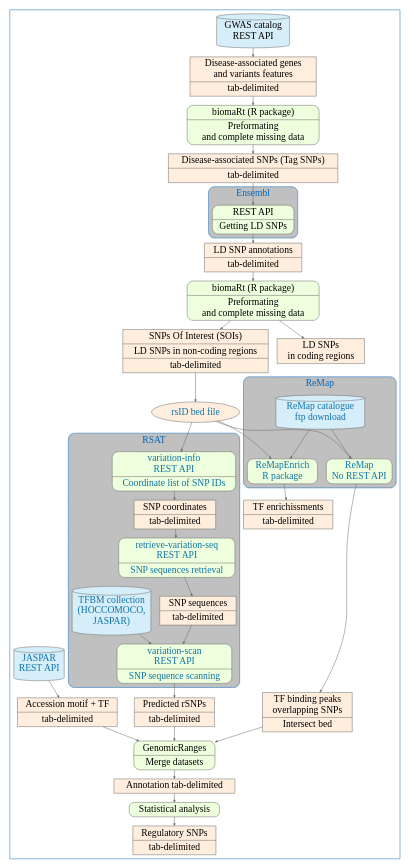
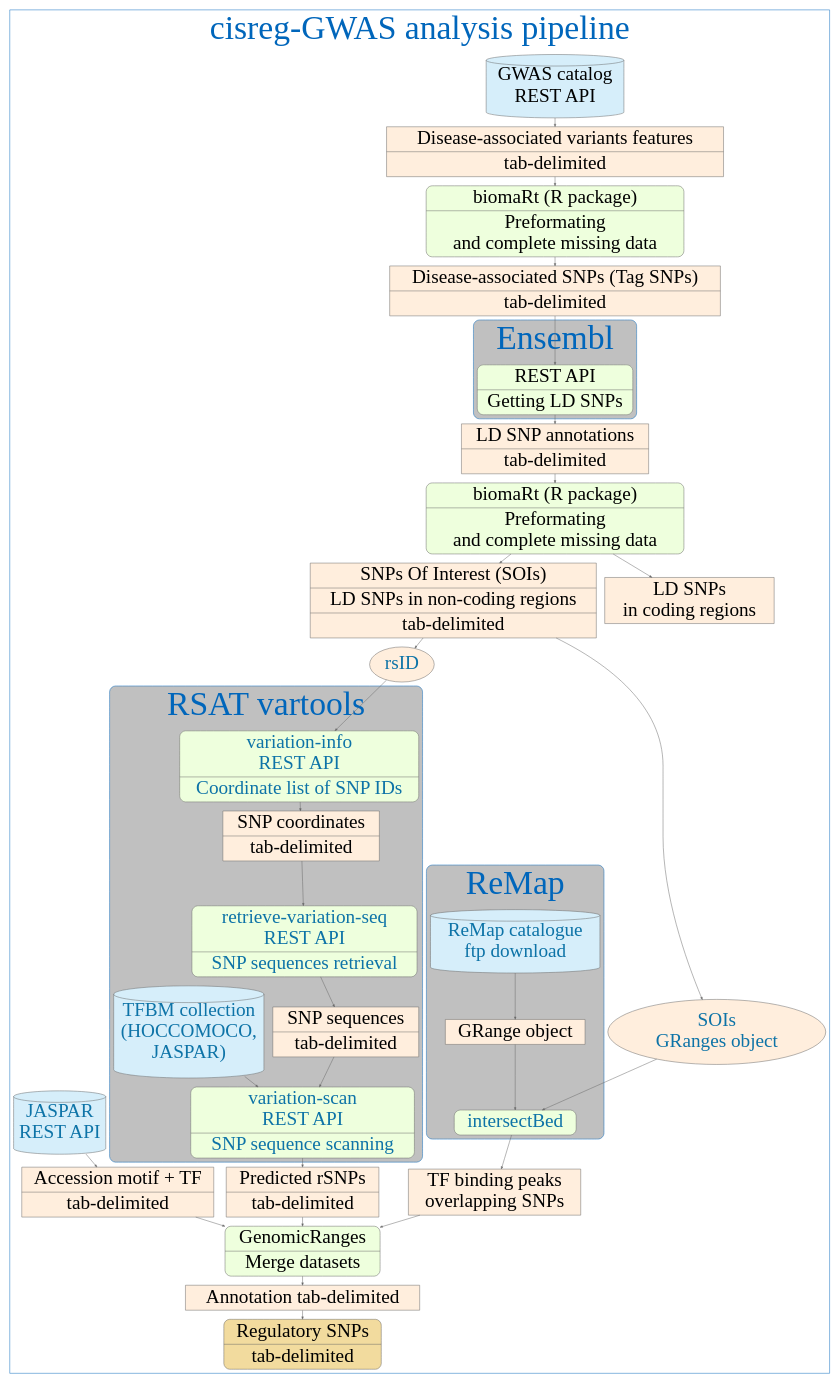
One commit to GREEKC/hackathon-marseille changed the diagram in project_descriptions/workflow_disease-associated-rSNPs/cisreg_GWAS/flowchart/cisreg-GWAS.dot. Above: the diagram before and after it, drawn with Graphviz. The commit also changed 1 other file, not shown here.

```diff
--- a/project_descriptions/workflow_disease-associated-rSNPs/cisreg_GWAS/flowchart/cisreg-GWAS.dot
+++ b/project_descriptions/workflow_disease-associated-rSNPs/cisreg_GWAS/flowchart/cisreg-GWAS.dot
@@ -4,18 +4,21 @@
 		 color="#0066BB";
 	 	 label="";
 	 	 
-	graph [fontname="ArialBlack",fontsize="20", label="" labelloc="t", fontcolor="#0066BB", nodesep="0.1", ranksep="0.2", rankdir=TB];
-	edge [fontname="ArialMT",fontsize="20",labelfontname="ArialMT",labelfontsize="20", arrowsize="0.5", color="#666666"];
-	node [fontname="ArialMT",fontsize="20",shape=record,height="0.2", color="#666666"];
+	graph [fontname="ArialBlack",fontsize="70", label="cisreg-GWAS analysis pipeline" labelloc="t", fontcolor="#0066BB", nodesep="0.1", ranksep="0.2", rankdir=TB];
+	edge [fontname="ArialMT",fontsize="40",labelfontname="ArialMT",labelfontsize="40", arrowsize="0.5", color="#666666"];
+	node [fontname="ArialMT",fontsize="40",shape=record,height="0.2", color="#666666"];
 
+
+		
 	gwas_catalog [shape = "cylinder", style = "rounded,filled", fillcolor = "#D6EEFA", label = "GWAS catalog \n REST API", URL = "http://www.ebi.ac.uk/gwas/"];
-			
+
+
 	gwas_catalog -> download
 
 #F8EE2B
 
 
-		 download [shape="record", style="filled", fillcolor="#FFEEDD", label="{Disease-associated genes \n and variants features | tab-delimited}"]
+		 download [shape="record", style="filled", fillcolor="#FFEEDD", label="{Disease-associated  variants features | tab-delimited}"]
 
 		 download -> preformating1
 
@@ -25,7 +28,7 @@
      
 		 tagsnp  [shape="record", style="filled", fillcolor="#FFEEDD", label="{Disease-associated SNPs (Tag SNPs) | tab-delimited}"]
 
-		 tagsnp -> haplor1
+		 tagsnp -> ensembl
 
 		subgraph cluster_4 {
 		color = "#0066BB";
@@ -34,13 +37,13 @@
 		style = "rounded";
 
 
-	haplor1[shape = "record", 
+	ensembl[shape = "record", 
 			style = "rounded,filled", 
 			fillcolor = "#EEFFDD", 
 			label = "{REST API| Getting LD SNPs}"];
 }
 
-haplor1 -> snp1
+ensembl -> snp1
  snp1  [shape = "record", 
 			style = "filled", 
 			fillcolor = "#FFEEDD", 
@@ -50,11 +53,11 @@
 
 preformating2  [shape="record", style="rounded,filled", fillcolor="#EEFFDD", label="{biomaRt (R package) | Preformating \n and complete missing data}"]
 
-		preformating2 -> haplor2
-		preformating2 -> haplor3
+		preformating2 -> SOI
+		preformating2 -> coding
 			#preformating2 -> haplor4
 		
-	haplor2 [shape = "record", 
+	SOI [shape = "record", 
 			style = "filled", 
 			fillcolor = "#FFEEDD", 
 			label = "{SNPs Of Interest (SOIs) | LD SNPs in non-coding regions | tab-delimited}"];
@@ -65,29 +68,36 @@
 		#	fillcolor = "#FFEEDD", 
 		#	label = "{Epigenomic marks | tab-delimited}"];
 			
-	 haplor3 [shape="record", 
+	 coding [shape="record", 
 	 style="filled", 
 	 fillcolor="#FFEEDD",
 	 label="{LD SNPs \n in coding regions}"]
 		
 
-haplor2 -> rsid
-#rsid -> remap
+SOI -> SOIsGRange
+SOI -> rsid
 
 
 rsid [shape = "", 
 				style = "filled", 
 				fillcolor = "#FFEEDD", 
-				label = "rsID bed file", 
+				label = "rsID", 
 				fontcolor = "#0D73A7"];
 				
 	rsid -> variation_info
+	#rsid -> SOIsGRange
+	
+	SOIsGRange [shape="", 
+	 style="filled", 
+	 fillcolor="#FFEEDD",
+	 fontcolor = "#0D73A7"
+	 label="SOIs \n GRanges object"]
 				
   ## RSAT
 	subgraph cluster_5 {
 		color = "#0066BB";
 		bgcolor = "#C0C0C0";
-		label  =  "RSAT";
+		label  =  "RSAT vartools";
 		style = "rounded";
 	
 	## variation-info
@@ -154,9 +164,10 @@
 		 
 		  rsat2 [shape="record", style="filled", fillcolor="#FFEEDD", label="{Predicted rSNPs | tab-delimited}"]
 		  
-	rsid -> remapenrich
-	rsid -> remap
+#	rsid -> remapenrich
+	SOIsGRange -> intersectbed
 		  
+	intersectbed
 		  	## REMAP
 subgraph cluster_3 {
 		color = "#0066BB";
@@ -165,16 +176,16 @@
 		style = "rounded";
 				
 				
-		remapenrich [shape = "record", 
+		#remapenrich [shape = "record", 
+		#		style = "rounded,filled", 
+		#		fillcolor = "#EEFFDD", 
+		#		label = "{ReMapEnrich \n R package}", 
+		#		fontcolor = "#0D73A7"];
+	
+	intersectbed [shape = "record", 
 				style = "rounded,filled", 
 				fillcolor = "#EEFFDD", 
-				label = "{ReMapEnrich \n R package}", 
-				fontcolor = "#0D73A7"];
-	
-	remap [shape = "record", 
-				style = "rounded,filled", 
-				fillcolor = "#EEFFDD", 
-				label = "{ReMap \n No REST API}", 
+				label = "{intersectBed}", 
 				fontcolor = "#0D73A7"];
 				
 		remapcatalogue [shape = "cylinder", 
@@ -183,27 +194,28 @@
 						label = "ReMap catalogue \n ftp download", 
 						URL = "http://tagc.univ-mrs.fr/remap/index.php?page = download/", 
 						fontcolor = "#0D73A7"];
-	remapcatalogue -> remapenrich 
+	#remapcatalogue -> remapenrich 
 	remapcatalogue -> remap
 
 		}
 	 
-	 remapenrich -> tfenrichissment
+	 #remapenrich -> tfenrichissment
 	 
-	 	tfenrichissment [shape = "record", 
-					style = "filled", 
-					fillcolor = "#FFEEDD", 
-					label = "{TF enrichissments | tab-delimited}"];
+	 	#tfenrichissment [shape = "record", 
+		#			style = "filled", 
+		#			fillcolor = "#FFEEDD", 
+		#			label = "{TF enrichissments | tab-delimited}"];
 					
 	 
-		 #remap1  [shape="record", style="rounded,filled", fillcolor="#EEFFDD", label="{ReMap | ReMapEnrich}"]
-		 remap -> remap2
-		  remap2 [shape="record", style="filled", fillcolor="#FFEEDD", label="{TF binding peaks \n overlapping SNPs | Intersect bed}"]
+		 remap [shape="record", style="filled", fillcolor="#FFEEDD", label="{GRange object}"]
+		 remap -> intersectbed
+		 intersectbed -> tfbs
+		  tfbs [shape="record", style="filled", fillcolor="#FFEEDD", label="{TF binding peaks \n overlapping SNPs }"]
 		  
 	
 	
 		 rsat2 -> join
-		 remap2 -> join
+		 tfbs -> join
 		 #haplor4 -> join
 		 
     join  [shape="record", style="rounded,filled", fillcolor="#EEFFDD", label="{GenomicRanges| Merge datasets}"]
@@ -225,10 +237,10 @@
 		jaspar_res -> join
 
 		 annot_table  [shape="record", style="filled", fillcolor="#FFEEDD", label="{Annotation tab-delimited}"]
-    annot_table -> stat
- stat  [shape="record", style="rounded,filled", fillcolor="#EEFFDD", label="{Statistical analysis}"]
-    stat -> rsnp
-    rsnp  [shape="record", style="filled", fillcolor="#FFEEDD", label="{Regulatory SNPs | tab-delimited}"]
+    annot_table -> rsnp
+ #stat  [shape="record", style="rounded,filled", fillcolor="#EEFFDD", label="{Statistical analysis}"]
+    #stat -> rsnp
+    rsnp  [shape="record", style="rounded,filled", fillcolor="#F2DB9E", label="{Regulatory SNPs | tab-delimited}"]
 	}
 
 	
```
